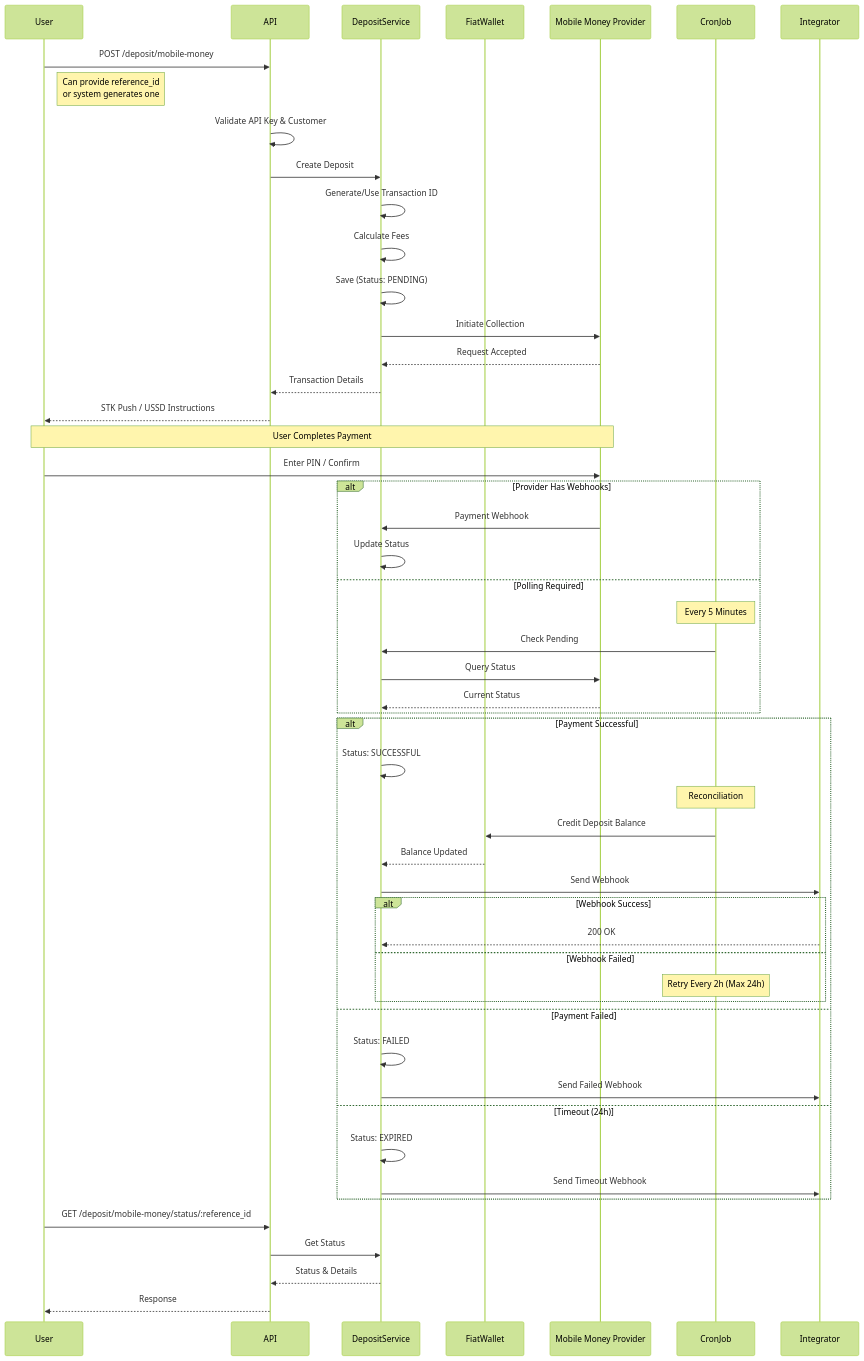
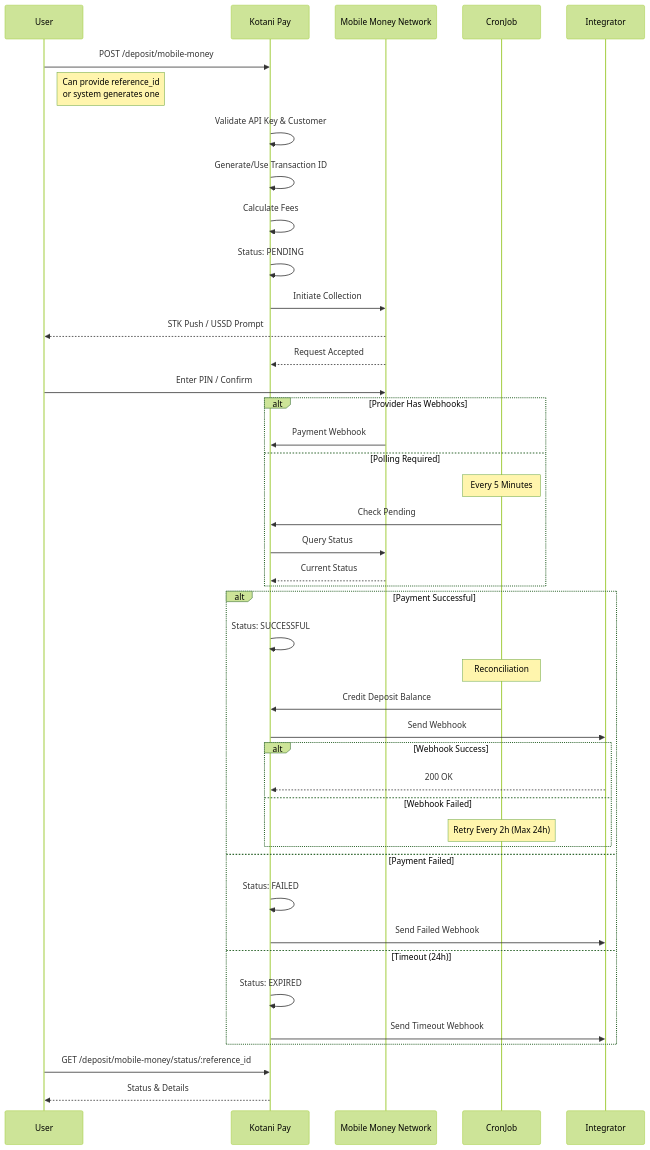
The first of 3 diagrams in v3/flows/deposit-flow.mdx (john-muinde/docs), drawn with Mermaid (forest theme) before and after one commit. The commit also changed other lines of this file and 5 other files, not shown here.

````diff
--- a/v3/flows/deposit-flow.mdx
+++ b/v3/flows/deposit-flow.mdx
@@ -12,64 +12,54 @@
 ```mermaid
 sequenceDiagram
     participant User
-    participant API
-    participant DepositService
-    participant FiatWallet
-    participant Provider as Mobile Money Provider
+    participant Kotani Pay
+    participant MNO as Mobile Money Network
     participant CronJob
     participant Integrator
 
-    User->>API: POST /deposit/mobile-money
+    User->>Kotani Pay: POST /deposit/mobile-money
     Note right of User: Can provide reference_id<br/>or system generates one
-    API->>API: Validate API Key & Customer
-    API->>DepositService: Create Deposit
+    Kotani Pay->>Kotani Pay: Validate API Key & Customer
+    Kotani Pay->>Kotani Pay: Generate/Use Transaction ID
+    Kotani Pay->>Kotani Pay: Calculate Fees
+    Kotani Pay->>Kotani Pay: Status: PENDING
 
-    DepositService->>DepositService: Generate/Use Transaction ID
-    DepositService->>DepositService: Calculate Fees
-    DepositService->>DepositService: Save (Status: PENDING)
+    Kotani Pay->>MNO: Initiate Collection
+    MNO-->>User: STK Push / USSD Prompt
+    MNO-->>Kotani Pay: Request Accepted
 
-    DepositService->>Provider: Initiate Collection
-    Provider-->>DepositService: Request Accepted
-    DepositService-->>API: Transaction Details
-    API-->>User: STK Push / USSD Instructions
-
-    Note over User,Provider: User Completes Payment
-    User->>Provider: Enter PIN / Confirm
+    User->>MNO: Enter PIN / Confirm
 
     alt Provider Has Webhooks
-        Provider->>DepositService: Payment Webhook
-        DepositService->>DepositService: Update Status
+        MNO->>Kotani Pay: Payment Webhook
     else Polling Required
         Note over CronJob: Every 5 Minutes
-        CronJob->>DepositService: Check Pending
-        DepositService->>Provider: Query Status
-        Provider-->>DepositService: Current Status
+        CronJob->>Kotani Pay: Check Pending
+        Kotani Pay->>MNO: Query Status
+        MNO-->>Kotani Pay: Current Status
     end
 
     alt Payment Successful
-        DepositService->>DepositService: Status: SUCCESSFUL
+        Kotani Pay->>Kotani Pay: Status: SUCCESSFUL
         Note over CronJob: Reconciliation
-        CronJob->>FiatWallet: Credit Deposit Balance
-        FiatWallet-->>DepositService: Balance Updated
+        CronJob->>Kotani Pay: Credit Deposit Balance
 
-        DepositService->>Integrator: Send Webhook
+        Kotani Pay->>Integrator: Send Webhook
         alt Webhook Success
-            Integrator-->>DepositService: 200 OK
+            Integrator-->>Kotani Pay: 200 OK
         else Webhook Failed
             Note over CronJob: Retry Every 2h (Max 24h)
         end
 
     else Payment Failed
-        DepositService->>DepositService: Status: FAILED
-        DepositService->>Integrator: Send Failed Webhook
+        Kotani Pay->>Kotani Pay: Status: FAILED
+        Kotani Pay->>Integrator: Send Failed Webhook
 
     else Timeout (24h)
-        DepositService->>DepositService: Status: EXPIRED
-        DepositService->>Integrator: Send Timeout Webhook
+        Kotani Pay->>Kotani Pay: Status: EXPIRED
+        Kotani Pay->>Integrator: Send Timeout Webhook
     end
 
-    User->>API: GET /deposit/mobile-money/status/:reference_id
-    API->>DepositService: Get Status
-    DepositService-->>API: Status & Details
-    API-->>User: Response
+    User->>Kotani Pay: GET /deposit/mobile-money/status/:reference_id
+    Kotani Pay-->>User: Status & Details
 ```
````
